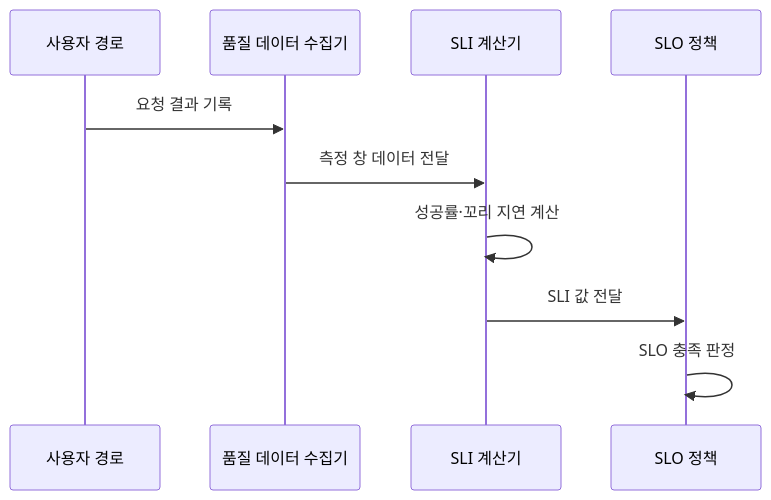
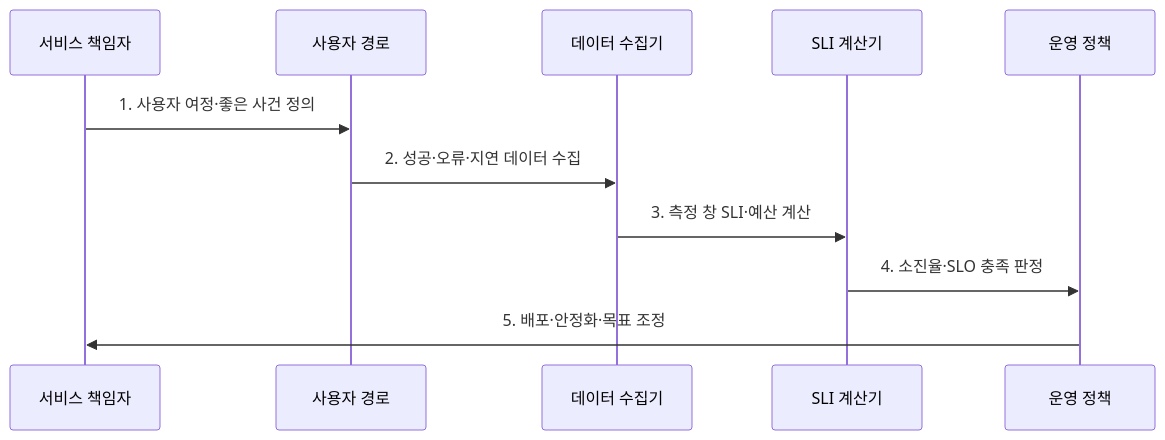
One commit to agnusdei1207/knowledge-base changed the second of 2 diagrams in src/content/docs/notes/06-evaluation/015_slo_sli.md. Above: the diagram before and after it, drawn with Mermaid. The commit also changed other lines of this file and 6 other files, not shown here.

````diff
--- a/src/content/docs/notes/06-evaluation/015_slo_sli.md
+++ b/src/content/docs/notes/06-evaluation/015_slo_sli.md
@@ -78,12 +78,13 @@
 ```mermaid
 sequenceDiagram
-    participant U as 사용자 경로
-    participant C as 품질 데이터 수집기
-    participant I as SLI 계산기
-    participant O as SLO 정책
-    U->>C: 요청 결과 기록
-    C->>I: 측정 창 데이터 전달
-    I->>I: 성공률·꼬리 지연 계산
-    I->>O: SLI 값 전달
-    O->>O: SLO 충족 판정
+  participant O as 서비스 책임자
+  participant U as 사용자 경로
+  participant C as 데이터 수집기
+  participant I as SLI 계산기
+  participant P as 운영 정책
+  O->>U: 1. 사용자 여정·좋은 사건 정의
+  U->>C: 2. 성공·오류·지연 데이터 수집
+  C->>I: 3. 측정 창 SLI·예산 계산
+  I->>P: 4. 소진율·SLO 충족 판정
+  P->>O: 5. 배포·안정화·목표 조정
 ```
````
